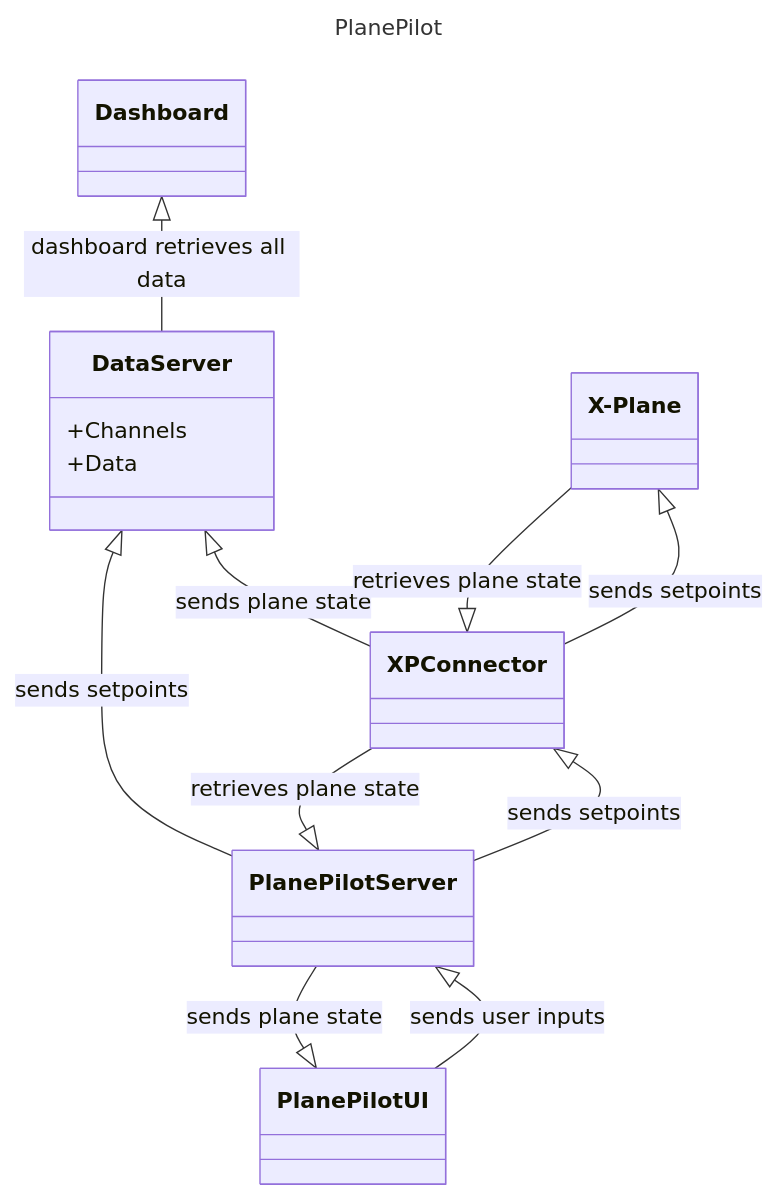
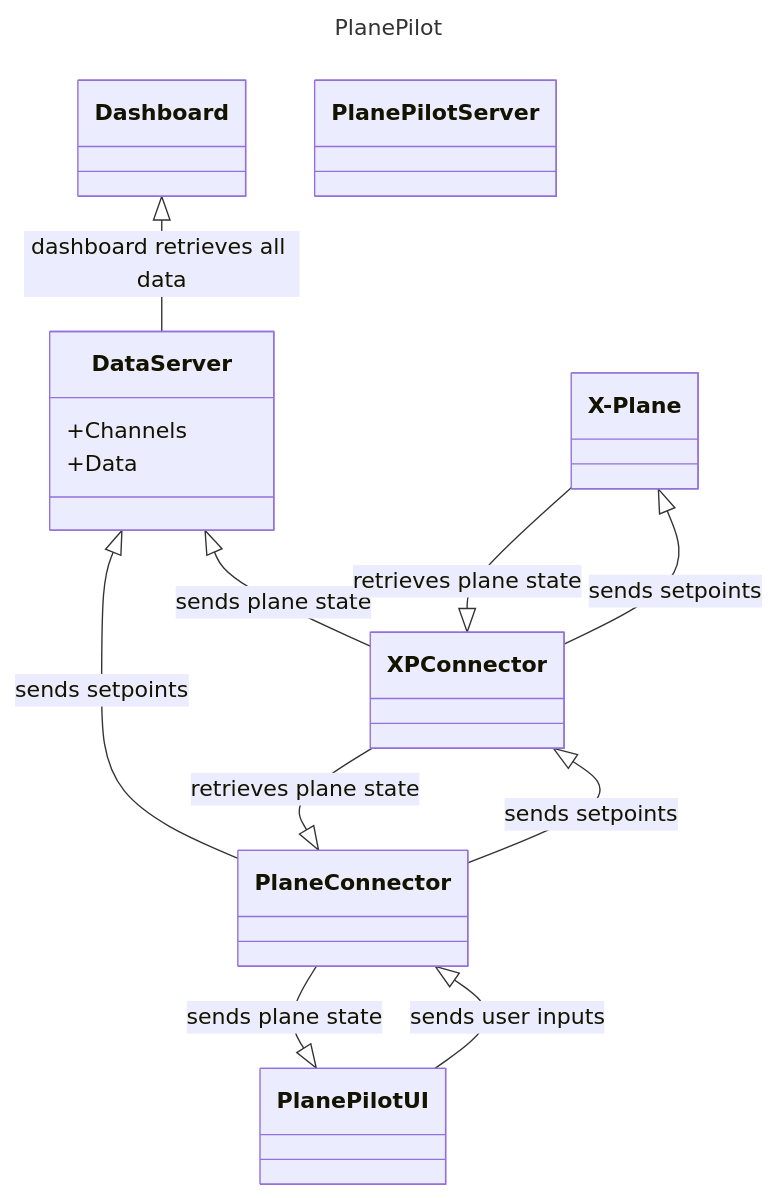
Before and after one commit to scott223/planepilot: the diagram in README.md, drawn with Mermaid.

````diff
--- a/README.md
+++ b/README.md
@@ -4,31 +4,31 @@
 ```mermaid
 ---
 title: PlanePilot
 ---
 classDiagram
     DataServer <|-- XPConnector : sends plane state
     Dashboard <|-- DataServer : dashboard retrieves all data
-    PlanePilotServer <|-- PlanePilotUI : sends user inputs
-    PlanePilotServer --|> PlanePilotUI : sends plane state
-    XPConnector <|-- PlanePilotServer : sends setpoints
-    XPConnector --|> PlanePilotServer : retrieves plane state
-    DataServer <|-- PlanePilotServer : sends setpoints
+    PlaneConnector <|-- PlanePilotUI : sends user inputs
+    PlaneConnector --|> PlanePilotUI : sends plane state
+    XPConnector <|-- PlaneConnector : sends setpoints
+    XPConnector --|> PlaneConnector : retrieves plane state
+    DataServer <|-- PlaneConnector : sends setpoints
     X-Plane <|-- XPConnector : sends setpoints
     X-Plane --|> XPConnector : retrieves plane state
     class DataServer{
         +Channels
         +Data
     }
     class Dashboard {
 
     }
     class PlanePilotServer{
 
     }
     class PlanePilotUI {
 
     }
     class X-Plane {
 
     }
 ```
````
